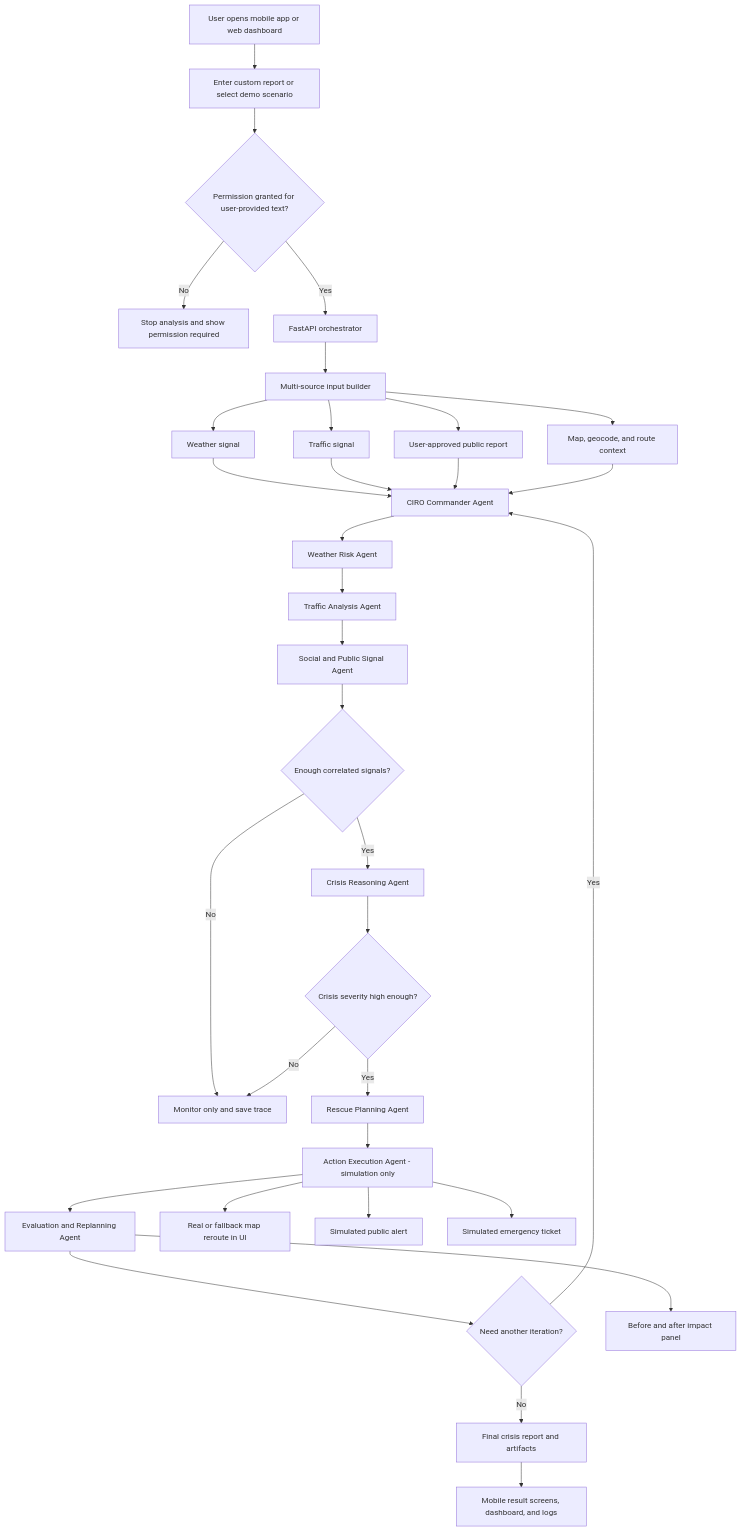
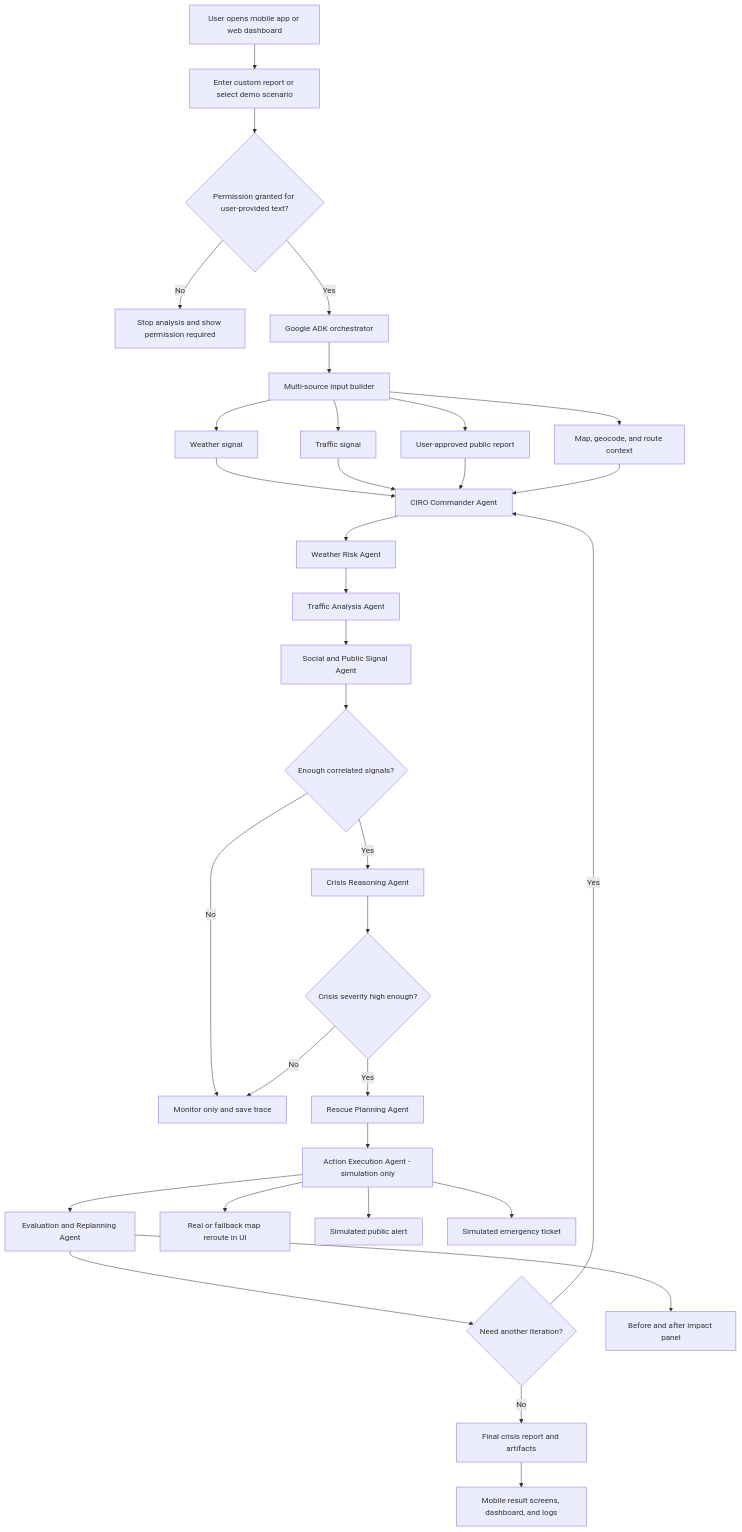
The diagram in README.md (Zahir-Ahmad9897/Google-AntiGravity-Hackthon2026), drawn with Mermaid before and after one commit.

Commit message:
Ui enhancement and readme updated

````diff
--- a/README.md
+++ b/README.md
@@ -93,42 +93,42 @@
 ```mermaid
 flowchart TD
     A["User opens mobile app or web dashboard"] --> B["Enter custom report or select demo scenario"]
     B --> C{"Permission granted for user-provided text?"}
     C -->|No| D["Stop analysis and show permission required"]
-    C -->|Yes| E["FastAPI orchestrator"]
+    C -->|Yes| E["Google ADK orchestrator"]
 
     E --> F["Multi-source input builder"]
     F --> G["Weather signal"]
     F --> H["Traffic signal"]
     F --> I["User-approved public report"]
     F --> J["Map, geocode, and route context"]
 
     G --> K["CIRO Commander Agent"]
     H --> K
     I --> K
     J --> K
 
     K --> L["Weather Risk Agent"]
     L --> M["Traffic Analysis Agent"]
     M --> N["Social and Public Signal Agent"]
     N --> O{"Enough correlated signals?"}
 
     O -->|No| P["Monitor only and save trace"]
     O -->|Yes| Q["Crisis Reasoning Agent"]
     Q --> R{"Crisis severity high enough?"}
 
     R -->|No| P
     R -->|Yes| S["Rescue Planning Agent"]
     S --> T["Action Execution Agent - simulation only"]
     T --> U["Evaluation and Replanning Agent"]
 
     U --> V{"Need another iteration?"}
     V -->|Yes| K
     V -->|No| W["Final crisis report and artifacts"]
 
     T --> X["Real or fallback map reroute in UI"]
     T --> Y["Simulated public alert"]
     T --> Z["Simulated emergency ticket"]
     U --> AA["Before and after impact panel"]
     W --> AB["Mobile result screens, dashboard, and logs"]
 ```
````
